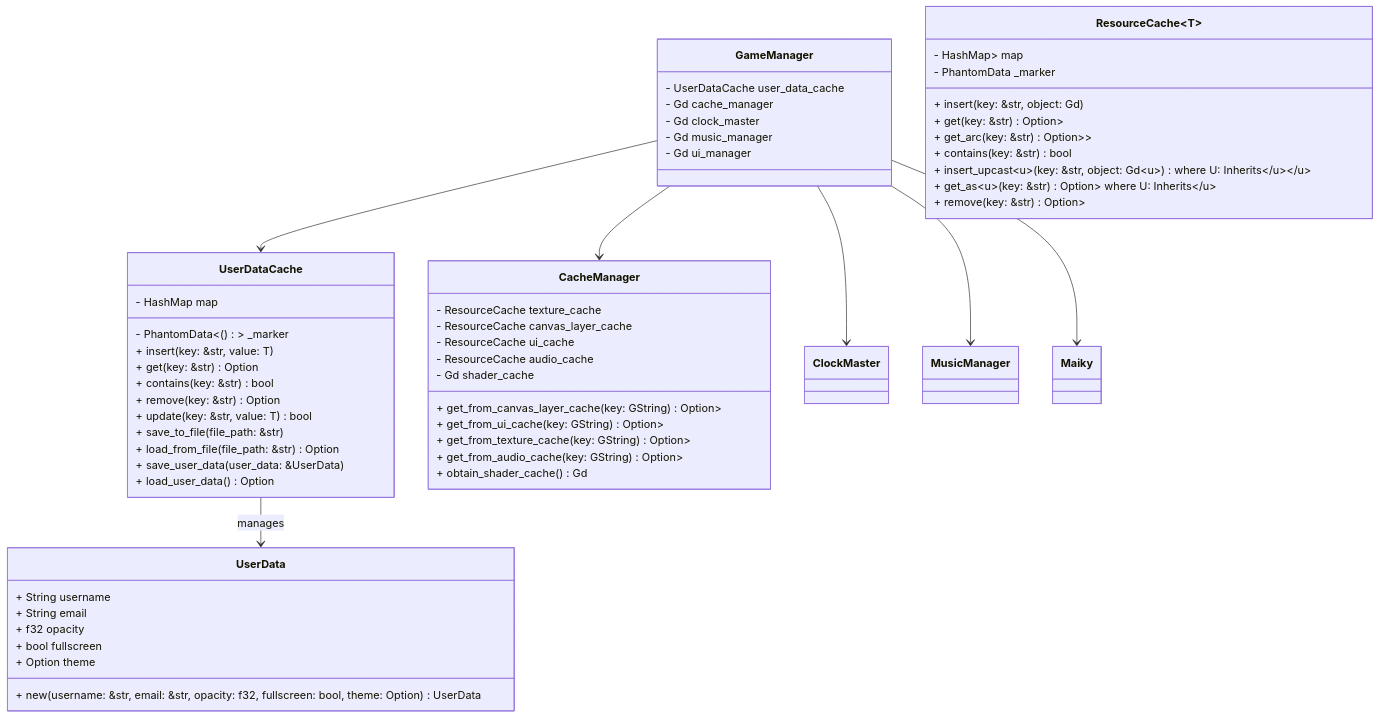
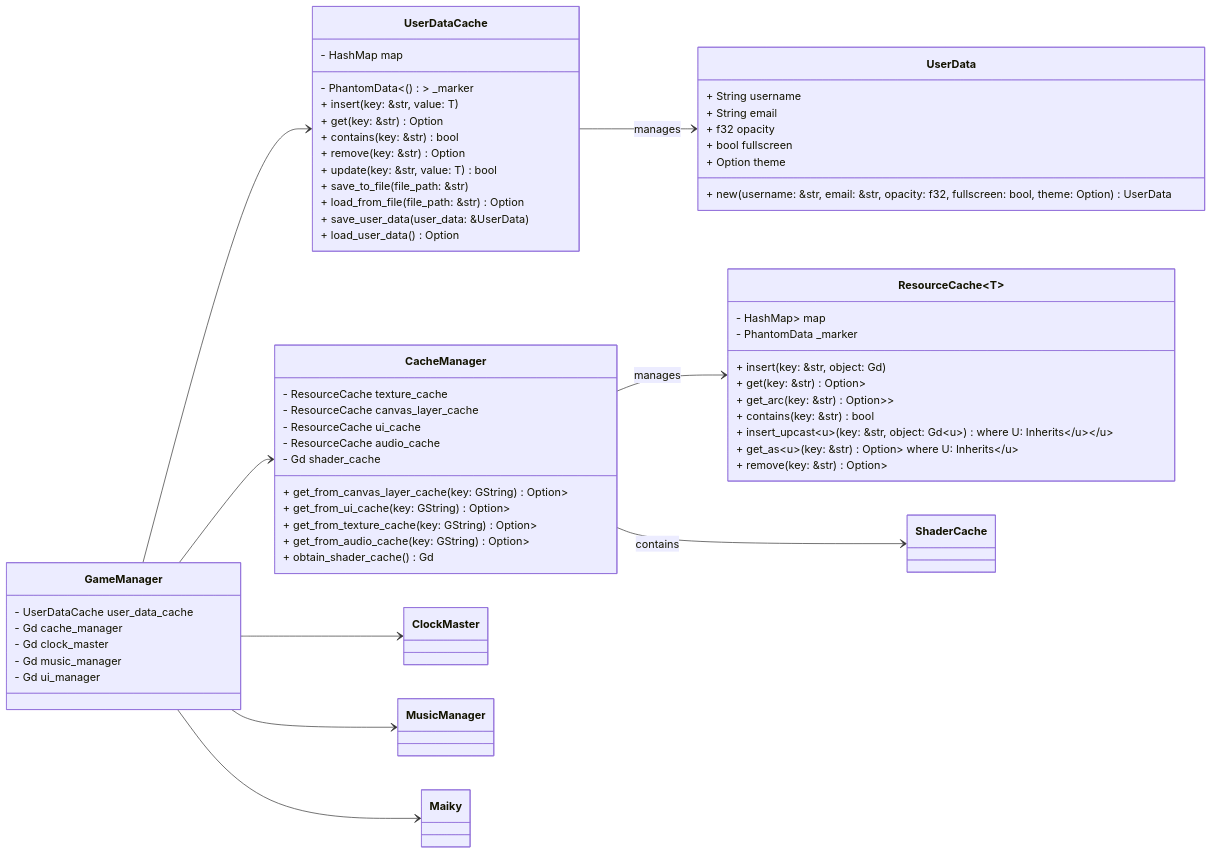
The diagram in apps/kbve/kbve.com/src/content/docs/project/brackeys.mdx (KBVE/kbve), drawn with Mermaid before and after one commit.

Commit message:
docs(brackeys): updating the graph!

````diff
--- a/apps/kbve/kbve.com/src/content/docs/project/brackeys.mdx
+++ b/apps/kbve/kbve.com/src/content/docs/project/brackeys.mdx
@@ -34,73 +34,75 @@
 ```mermaid
 
 classDiagram
+    direction LR
     class GameManager {
         - UserDataCache user_data_cache
         - Gd<CacheManager> cache_manager
         - Gd<ClockMaster> clock_master
         - Gd<MusicManager> music_manager
         - Gd<Maiky> ui_manager
     }
 
     class UserDataCache {
             - HashMap<String, Variant> map
             - PhantomData<()> _marker
             + insert<T: ToGodot>(key: &str, value: T)
             + get<T: FromGodot>(key: &str) Option<T>
             + contains(key: &str) bool
             + remove(key: &str) Option<Variant>
             + update<T: ToGodot>(key: &str, value: T) bool
             + save_to_file(file_path: &str)
             + load_from_file(file_path: &str) Option<UserData>
             + save_user_data(user_data: &UserData)
             + load_user_data() Option<UserData>
     }
 
     class UserData {
         + String username
         + String email
         + f32 opacity
         + bool fullscreen
         + Option<String> theme
         + new(username: &str, email: &str, opacity: f32, fullscreen: bool, theme: Option<String>) UserData
     }
 
     class CacheManager {
         - ResourceCache<Texture2D> texture_cache
         - ResourceCache<CanvasLayer> canvas_layer_cache
         - ResourceCache<Control> ui_cache
         - ResourceCache<AudioStream> audio_cache
         - Gd<ShaderCache> shader_cache
         + get_from_canvas_layer_cache(key: GString) Option<Gd<CanvasLayer>>
         + get_from_ui_cache(key: GString) Option<Gd<Control>>
         + get_from_texture_cache(key: GString) Option<Gd<Texture2D>>
         + get_from_audio_cache(key: GString) Option<Gd<AudioStream>>
         + obtain_shader_cache() Gd<ShaderCache>
     }
 
     class ResourceCache~T~ {
         - HashMap<String, Gd<T>> map
         - PhantomData<T> _marker
         + insert(key: &str, object: Gd<T>)
         + get(key: &str) Option<Gd<T>>
         + get_arc(key: &str) Option<Arc<Gd<T>>>
         + contains(key: &str) bool
         + insert_upcast<U>(key: &str, object: Gd<U>) where U: Inherits<T>
         + get_as<U>(key: &str) Option<Gd<U>> where U: Inherits<T>
         + remove(key: &str) Option<Gd<T>>
     }
 
-    class UserDataCache
-    class CacheManager
+    class ShaderCache
     class ClockMaster
     class MusicManager
     class Maiky
 
     GameManager --> UserDataCache
     GameManager --> CacheManager
     GameManager --> ClockMaster
     GameManager --> MusicManager
     GameManager --> Maiky
     UserDataCache --> UserData : manages
+    CacheManager --> ResourceCache : manages
+    CacheManager --> ShaderCache : contains
 
 ```
````
